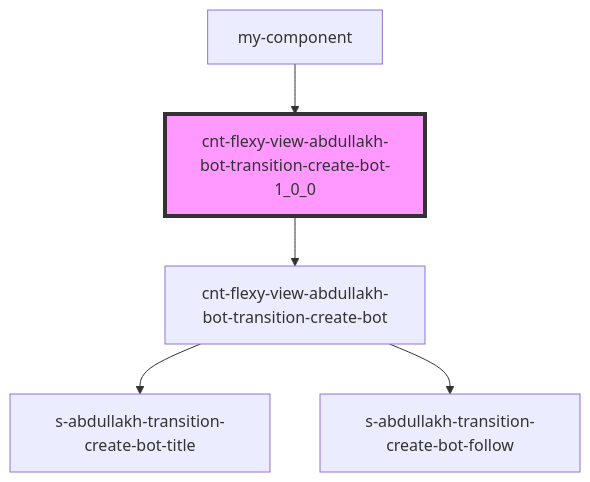
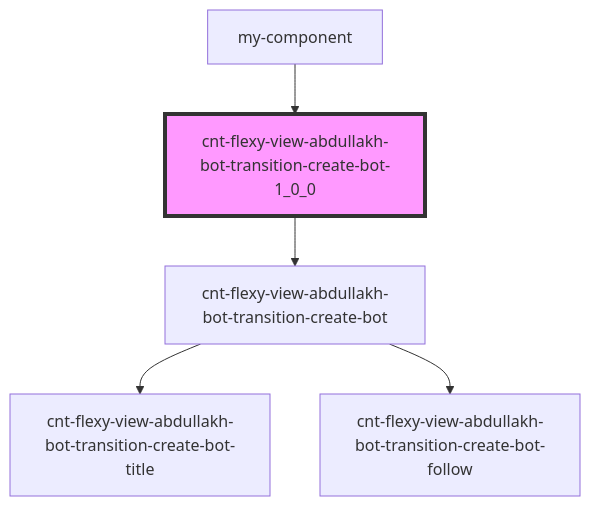
One commit to Wokh-Dada/botdevelopmentapp changed the diagram in src/components/cnt-flexy-view-abdullakh-bot-transition-create-bot-1_0_0/readme.md. Above: the diagram before and after it, drawn with Mermaid. The commit also changed 101 other files, not shown here.

````diff
--- a/src/components/cnt-flexy-view-abdullakh-bot-transition-create-bot-1_0_0/readme.md
+++ b/src/components/cnt-flexy-view-abdullakh-bot-transition-create-bot-1_0_0/readme.md
@@ -34,8 +34,8 @@
 ```mermaid
 graph TD;
   cnt-flexy-view-abdullakh-bot-transition-create-bot-1_0_0 --> cnt-flexy-view-abdullakh-bot-transition-create-bot
-  cnt-flexy-view-abdullakh-bot-transition-create-bot --> s-abdullakh-transition-create-bot-title
-  cnt-flexy-view-abdullakh-bot-transition-create-bot --> s-abdullakh-transition-create-bot-follow
+  cnt-flexy-view-abdullakh-bot-transition-create-bot --> cnt-flexy-view-abdullakh-bot-transition-create-bot-title
+  cnt-flexy-view-abdullakh-bot-transition-create-bot --> cnt-flexy-view-abdullakh-bot-transition-create-bot-follow
   my-component --> cnt-flexy-view-abdullakh-bot-transition-create-bot-1_0_0
   style cnt-flexy-view-abdullakh-bot-transition-create-bot-1_0_0 fill:#f9f,stroke:#333,stroke-width:4px
 ```
````
